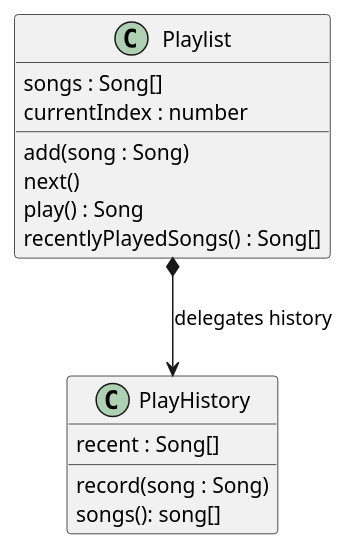
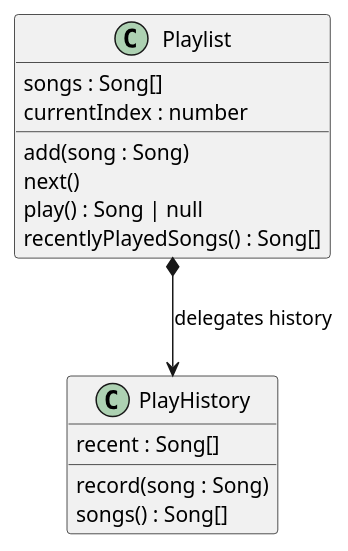
Before and after one commit to ubccpsc/210: the diagram in docs/part2/02_decomposition.md, drawn with PlantUML. The commit also changed other lines of this file and 6 other files, not shown here.

````diff
--- a/docs/part2/02_decomposition.md
+++ b/docs/part2/02_decomposition.md
@@ -236,25 +233,25 @@
 ```plantuml
 @startuml
 
 hide empty members
 skinparam groupInheritance 2
 
 class Playlist {
   songs : Song[]
   currentIndex : number
   add(song : Song)
   next()
-  play() : Song
+  play() : Song | null
   recentlyPlayedSongs() : Song[]
 }
 
 class PlayHistory {
   recent : Song[]
   record(song : Song)
-  songs(): song[]
+  songs() : Song[]
 }
 
 Playlist *--> PlayHistory : delegates history
 
 @enduml
 ```
````
